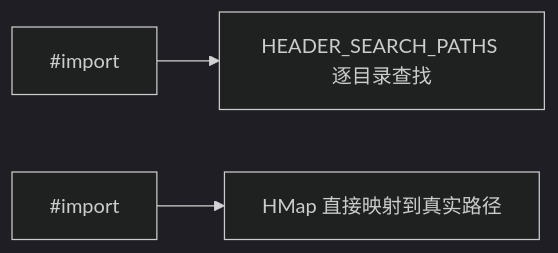
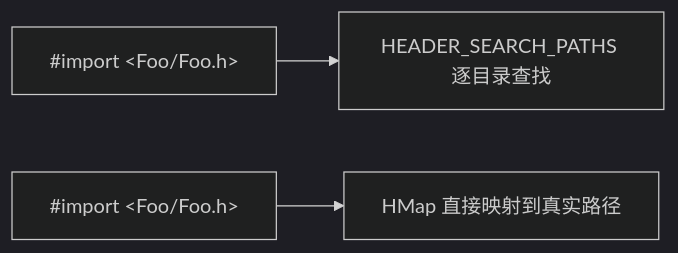
The seventh of 9 diagrams in content/posts/interview/ios-build/编译优化/index.md (AmatsuZero/LastStand), drawn with Mermaid (dark theme) before and after one commit. The commit also changed 6 other files, not shown here.

First line of the commit message:
fix(mermaid): escape angle brackets in node labels for Mermaid 11+ compatibility

````diff
--- a/content/posts/interview/ios-build/编译优化/index.md
+++ b/content/posts/interview/ios-build/编译优化/index.md
@@ -463,5 +463,5 @@
 ```mermaid
 flowchart LR
-    A["#import <Foo/Foo.h>"] --> B["HEADER_SEARCH_PATHS 逐目录查找"];
-    C["#import <Foo/Foo.h>"] --> D["HMap 直接映射到真实路径"];
+    A["#import &lt;Foo/Foo.h&gt;"] --> B["HEADER_SEARCH_PATHS 逐目录查找"];
+    C["#import &lt;Foo/Foo.h&gt;"] --> D["HMap 直接映射到真实路径"];
 ```
````
